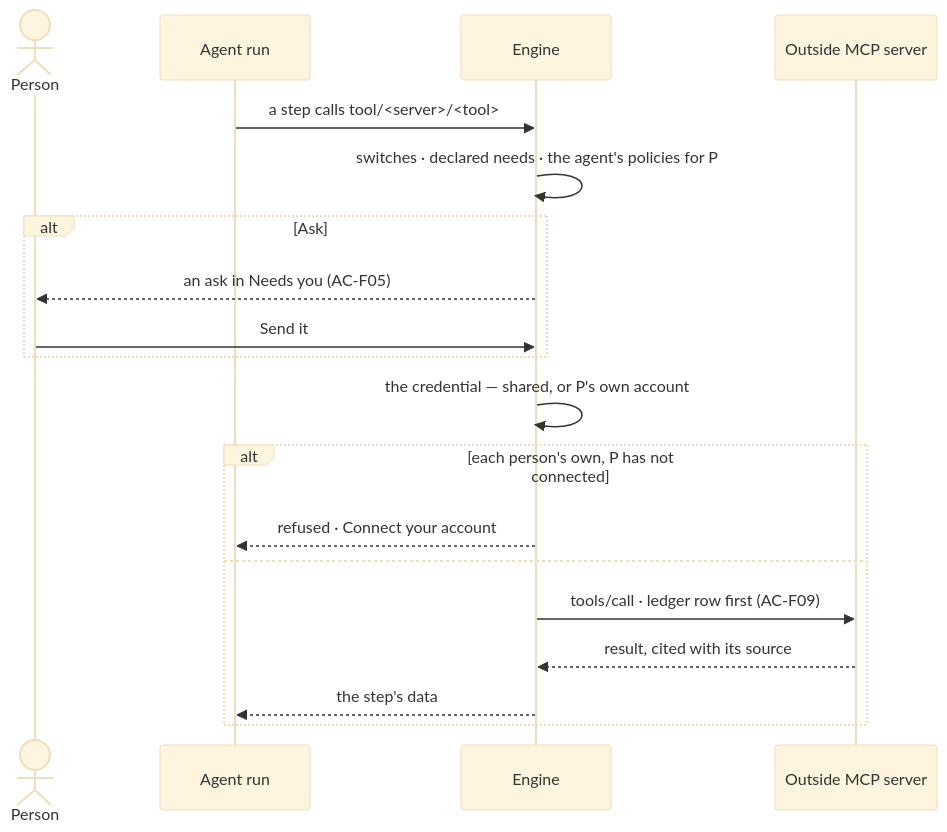
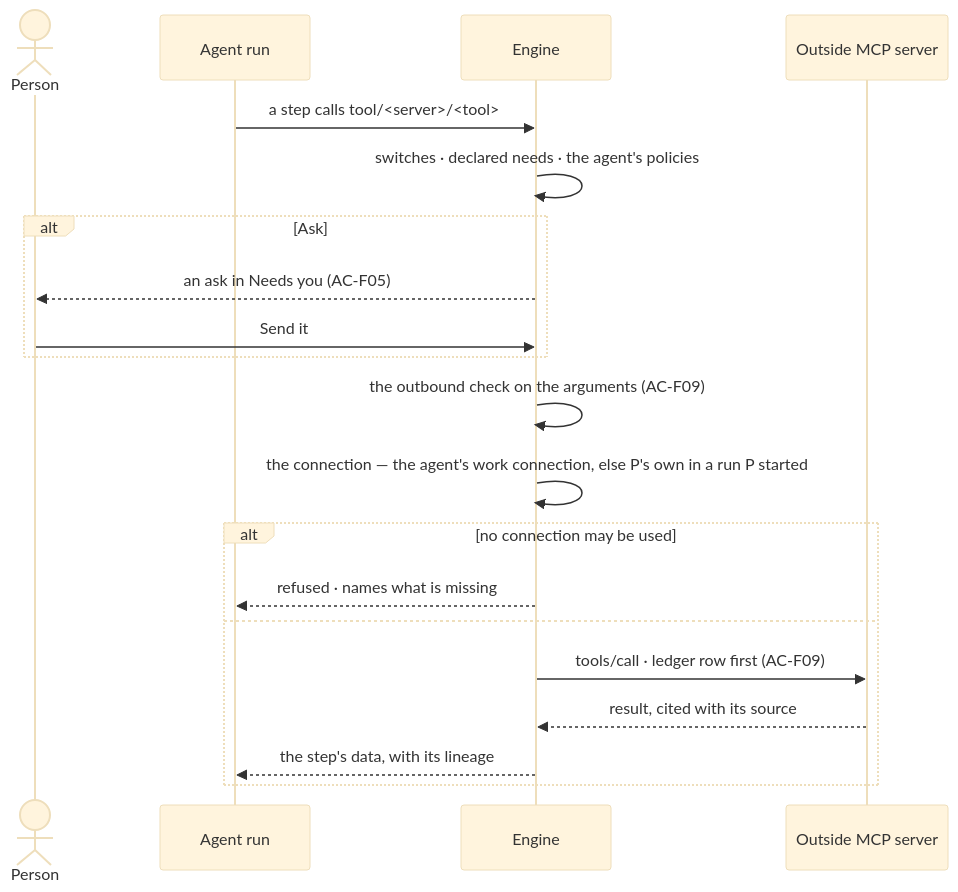
The second of 2 diagrams in specs/os/control/features/CP-F02-plugins-and-outside-tools/feature.md (invana/invana), drawn with Mermaid (base theme) before and after one commit. The commit also changed other lines of this file and 300 other files, not shown here.

````diff
--- a/specs/os/control/features/CP-F02-plugins-and-outside-tools/feature.md
+++ b/specs/os/control/features/CP-F02-plugins-and-outside-tools/feature.md
@@ -53,21 +67,22 @@
 ```mermaid
 sequenceDiagram
   actor P as Person
   participant A as Agent run
   participant E as Engine
   participant O as Outside MCP server
   A->>E: a step calls tool/<server>/<tool>
-  E->>E: switches · declared needs · the agent's policies for P
+  E->>E: switches · declared needs · the agent's policies
   alt Ask
     E-->>P: an ask in Needs you (AC-F05)
     P->>E: Send it
   end
-  E->>E: the credential — shared, or P's own account
-  alt each person's own, P has not connected
-    E-->>A: refused · Connect your account
+  E->>E: the outbound check on the arguments (AC-F09)
+  E->>E: the connection — the agent's work connection, else P's own in a run P started
+  alt no connection may be used
+    E-->>A: refused · names what is missing
   else
     E->>O: tools/call · ledger row first (AC-F09)
     O-->>E: result, cited with its source
-    E-->>A: the step's data
+    E-->>A: the step's data, with its lineage
   end
 ```
````
